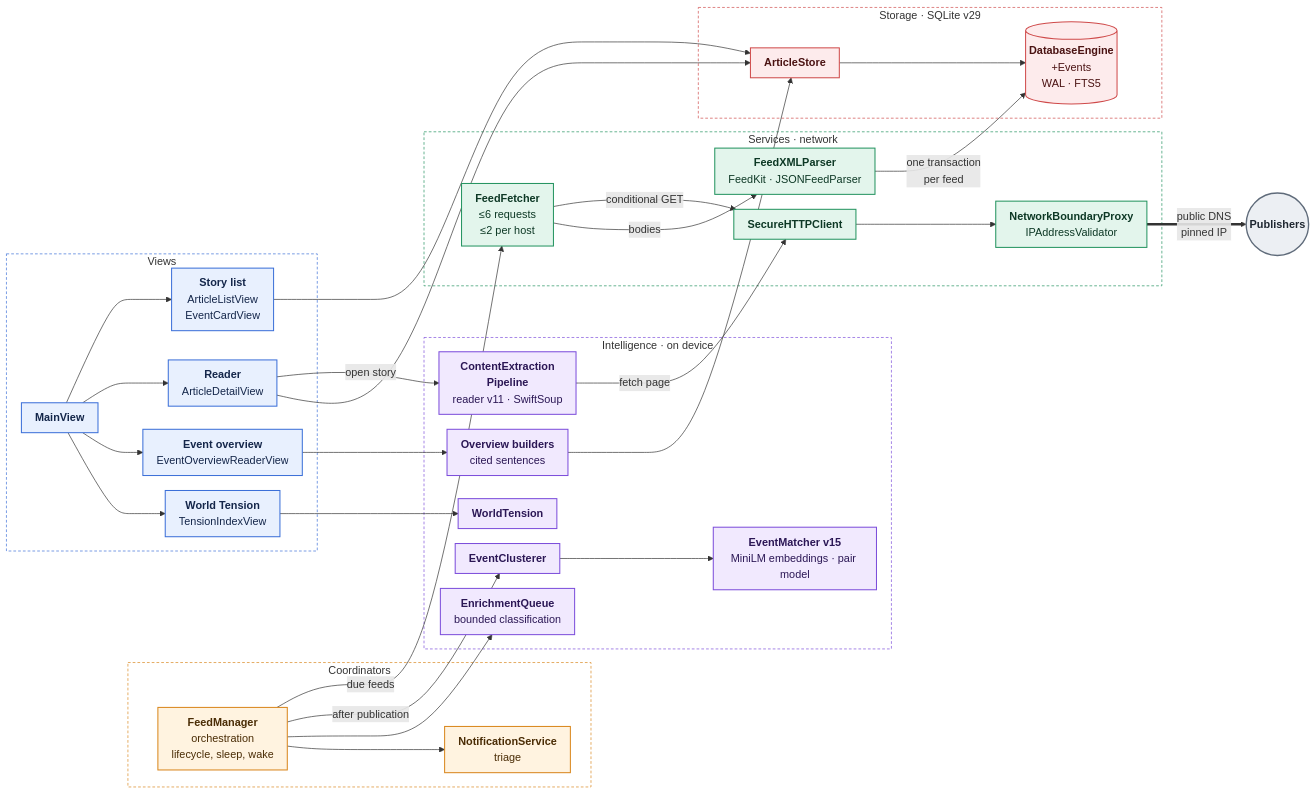
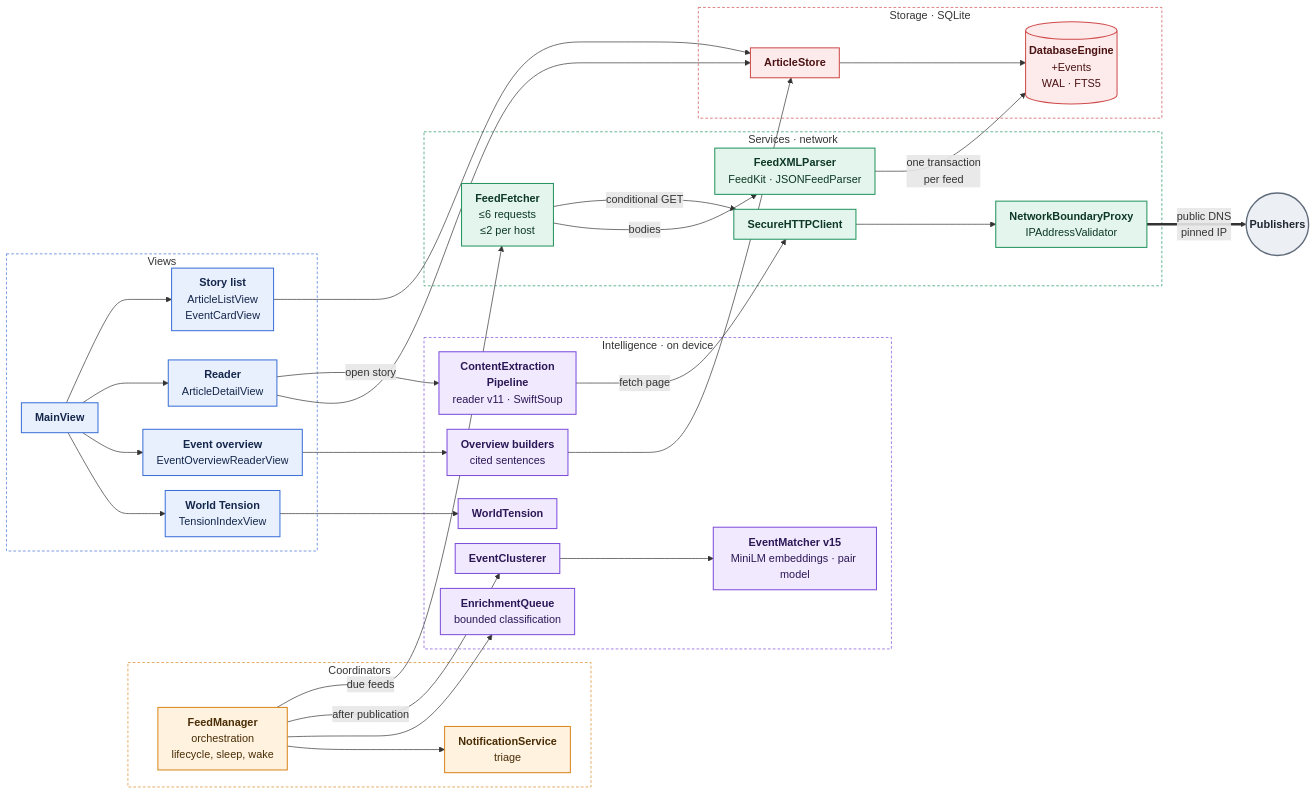
Before and after one commit to marspater/NewsApp-macOS: the first of 3 diagrams in docs/ARCHITECTURE.md, drawn with Mermaid. The commit also changed other lines of this file and 11 other files, not shown here.

````diff
--- a/docs/ARCHITECTURE.md
+++ b/docs/ARCHITECTURE.md
@@ -22,75 +22,75 @@
 ```mermaid
 %%{init: {"flowchart": {"curve": "basis", "nodeSpacing": 22, "rankSpacing": 44, "padding": 10}}}%%
 flowchart LR
     subgraph Coord["Coordinators"]
         FM["<b>FeedManager</b><br/>orchestration<br/>lifecycle, sleep, wake"]
         NS["<b>NotificationService</b><br/>triage"]
     end
 
     subgraph UI["Views"]
         Main["<b>MainView</b>"]
         List["<b>Story list</b><br/>ArticleListView<br/>EventCardView"]
         Reader["<b>Reader</b><br/>ArticleDetailView"]
         Overview["<b>Event overview</b><br/>EventOverviewReaderView"]
         Tension["<b>World Tension</b><br/>TensionIndexView"]
     end
 
     subgraph Intel["Intelligence · on device"]
         EQ["<b>EnrichmentQueue</b><br/>bounded classification"]
         EC["<b>EventClusterer</b>"]
         EM["<b>EventMatcher v15</b><br/>MiniLM embeddings · pair model"]
         CEP["<b>ContentExtraction<br/>Pipeline</b><br/>reader v11 · SwiftSoup"]
         OV["<b>Overview builders</b><br/>cited sentences"]
         WT["<b>WorldTension</b>"]
     end
 
     subgraph Svc["Services · network"]
         FF["<b>FeedFetcher</b><br/>≤6 requests<br/>≤2 per host"]
         Parse["<b>FeedXMLParser</b><br/>FeedKit · JSONFeedParser"]
         HTTP["<b>SecureHTTPClient</b>"]
         GW["<b>NetworkBoundaryProxy</b><br/>IPAddressValidator"]
     end
 
-    subgraph Store["Storage · SQLite v29"]
+    subgraph Store["Storage · SQLite"]
         AS["<b>ArticleStore</b>"]
         DB[("<b>DatabaseEngine</b><br/>+Events<br/>WAL · FTS5")]
     end
 
     Net(("<b>Publishers</b>"))
 
     FM -->|due feeds| FF
     FM -->|after publication| EC
     FM --> EQ & NS
     EC --> EM
     FF -->|conditional GET| HTTP
     FF -->|bodies| Parse
     Parse -->|one transaction<br/>per feed| DB
     Main --> List & Reader & Overview & Tension
     Reader -->|open story| CEP
     CEP -->|fetch page| HTTP
     HTTP --> GW
     GW ==>|public DNS<br/>pinned IP| Net
     Overview --> OV
     OV --> AS
     List & Reader --> AS
     AS --> DB
     Tension --> WT
 
     classDef ui fill:#E8F0FE,stroke:#3B6FD8,stroke-width:1.5px,color:#14264A
     classDef coord fill:#FFF3E0,stroke:#D9861C,stroke-width:1.5px,color:#4A2C05
     classDef intel fill:#F1E9FE,stroke:#7C4DDB,stroke-width:1.5px,color:#2B1755
     classDef svc fill:#E3F5EC,stroke:#23935F,stroke-width:1.5px,color:#0D3825
     classDef store fill:#FDEBEC,stroke:#CF4A4A,stroke-width:1.5px,color:#4A1212
     classDef ext fill:#ECEFF3,stroke:#5F6B7A,stroke-width:2px,color:#1E2630
     class Main,List,Reader,Overview,Tension ui
     class FM,NS coord
     class CEP,EQ,EC,EM,OV,WT intel
     class FF,Parse,HTTP,GW svc
     class AS,DB store
     class Net ext
     style UI fill:none,stroke:#3B6FD8,stroke-dasharray:4 3
     style Coord fill:none,stroke:#D9861C,stroke-dasharray:4 3
     style Intel fill:none,stroke:#7C4DDB,stroke-dasharray:4 3
     style Svc fill:none,stroke:#23935F,stroke-dasharray:4 3
     style Store fill:none,stroke:#CF4A4A,stroke-dasharray:4 3
 ```
````
